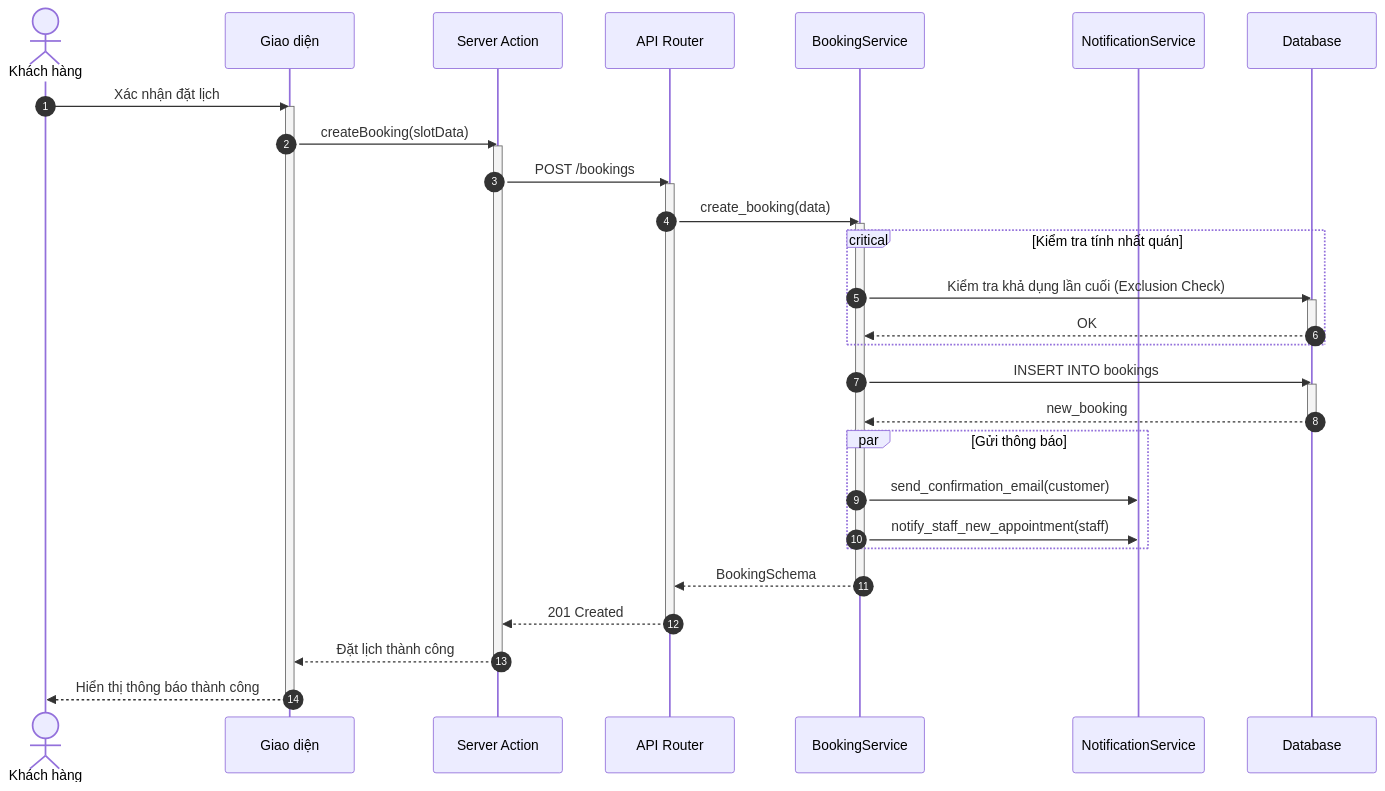
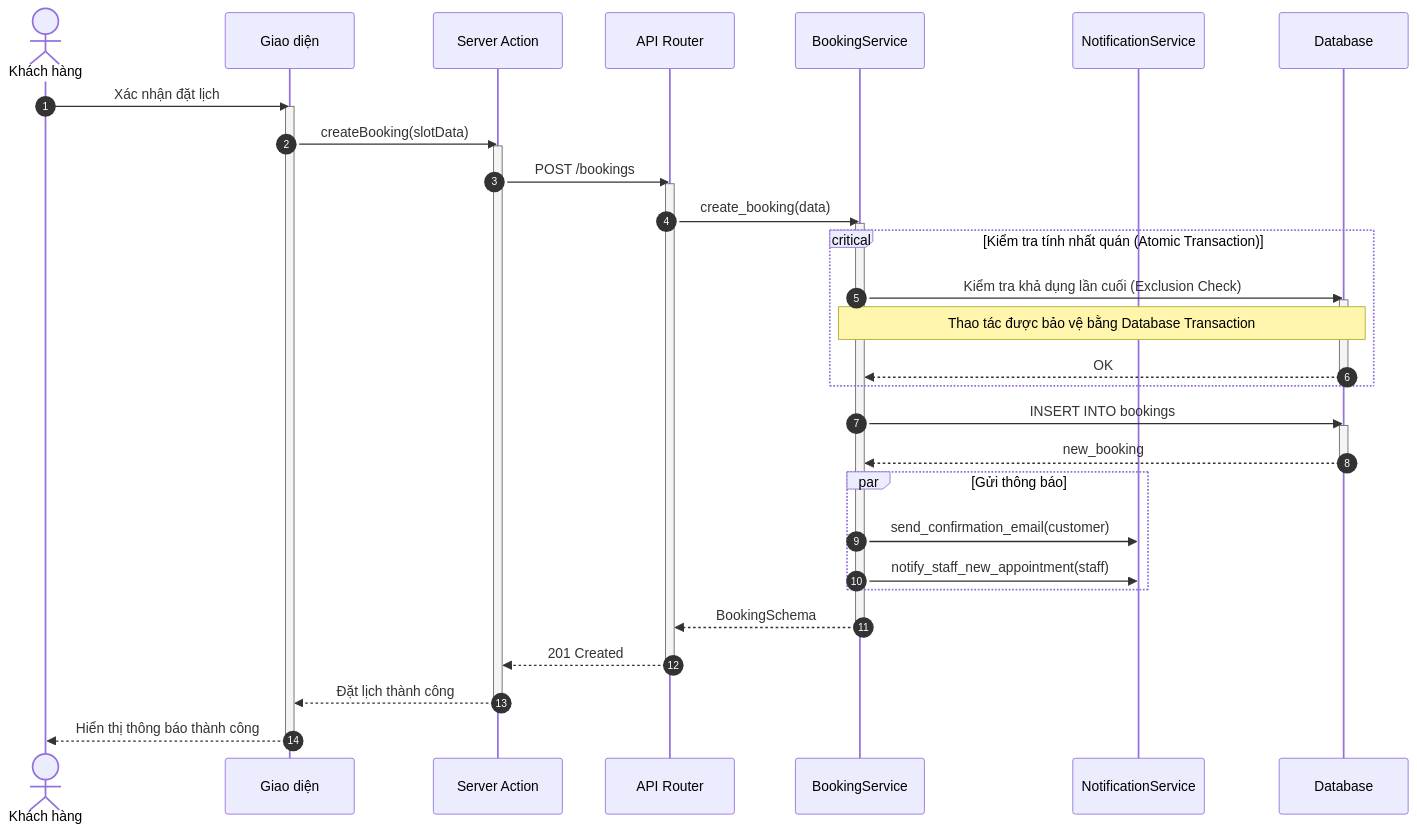
Before and after one commit to ngoctinn/Synapse: the fourth of 10 diagrams in docs/design/sequences/customer_flows.md, drawn with Mermaid. The commit also changed other lines of this file and 9 other files, not shown here.

Commit message:
docs: Add initial design documentation for customer, receptionist, technician, and authentication flows, along with antigravity feature plans.

````diff
--- a/docs/design/sequences/customer_flows.md
+++ b/docs/design/sequences/customer_flows.md
@@ -162,51 +162,52 @@
 ```mermaid
 sequenceDiagram
     autonumber
     actor KH as Khách hàng
     participant UI as Giao diện
     participant BFF as Server Action
     participant API as API Router
     participant S as BookingService
     participant NOTI as NotificationService
     participant DB as Database
 
     KH->>UI: Xác nhận đặt lịch
     activate UI
     UI->>BFF: createBooking(slotData)
     activate BFF
 
     BFF->>API: POST /bookings
     activate API
 
     API->>S: create_booking(data)
     activate S
 
-    critical Kiểm tra tính nhất quán
+    critical Kiểm tra tính nhất quán (Atomic Transaction)
         S->>DB: Kiểm tra khả dụng lần cuối (Exclusion Check)
         activate DB
+        Note over S,DB: Thao tác được bảo vệ bằng Database Transaction
         DB-->>S: OK
         deactivate DB
     end
 
     S->>DB: INSERT INTO bookings
     activate DB
     DB-->>S: new_booking
     deactivate DB
 
     par Gửi thông báo
         S->>NOTI: send_confirmation_email(customer)
         S->>NOTI: notify_staff_new_appointment(staff)
     end
 
     S-->>API: BookingSchema
     deactivate S
 
     API-->>BFF: 201 Created
     deactivate API
 
     BFF-->>UI: Đặt lịch thành công
     deactivate BFF
 
     UI-->>KH: Hiển thị thông báo thành công
     deactivate UI
 ```
````
